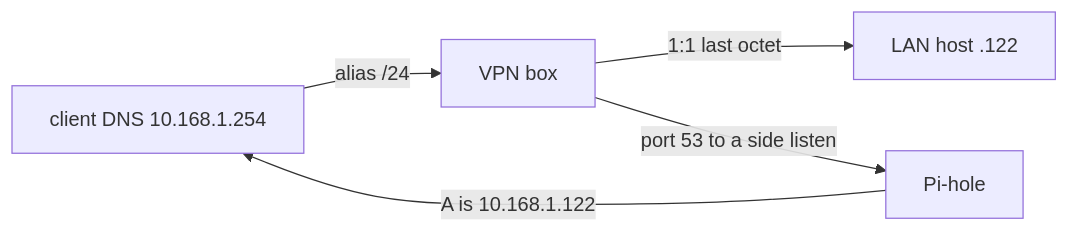
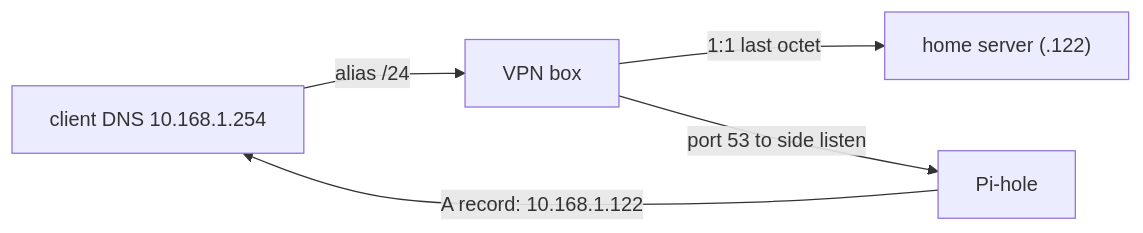
One commit to Texarkanine/devblog changed the second of 3 diagrams in blog/record/_posts/2026-09-05-the-overlay-was-fine.md. Above: the diagram before and after it, drawn with Mermaid. The commit also changed other lines of this file, not shown here.

````diff
--- a/blog/record/_posts/2026-09-05-the-overlay-was-fine.md
+++ b/blog/record/_posts/2026-09-05-the-overlay-was-fine.md
@@ -48,11 +48,11 @@
 ```mermaid
 flowchart LR
   Client["client DNS 10.168.1.254"]
   GL["VPN box"]
   Dns["Pi-hole"]
-  Host["LAN host .122"]
+  Host["home server (.122)"]
   Client -->|"alias /24"| GL
   GL -->|"1:1 last octet"| Host
-  GL -->|"port 53 to a side listen"| Dns
-  Dns -->|"A is 10.168.1.122"| Client
+  GL -->|"port 53 to side listen"| Dns
+  Dns -->|"A record: 10.168.1.122"| Client
 ```
````
